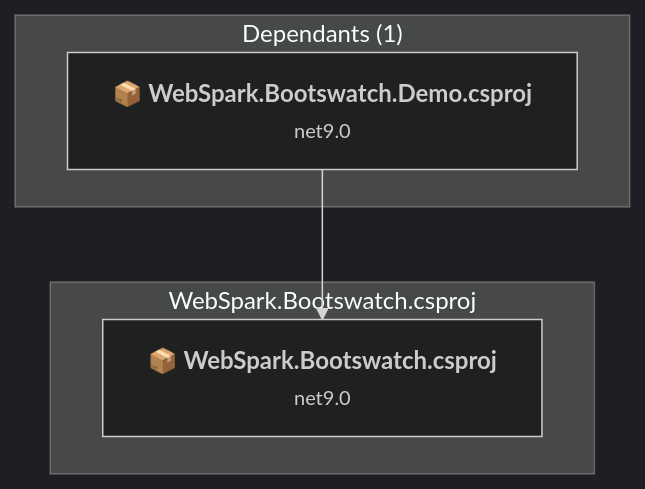
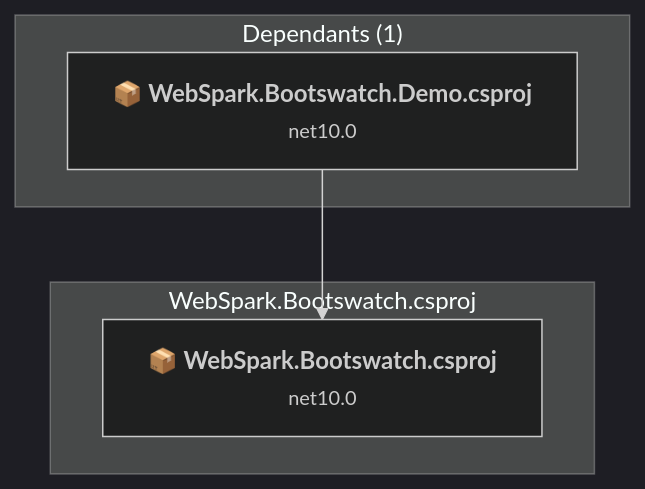
Before and after one commit to markhazleton/WebSpark.Bootswatch: the third of 3 diagrams in .github/upgrades/assessment.md, drawn with Mermaid (dark theme). The commit also changed other lines of this file and 12 other files, not shown here.

````diff
--- a/.github/upgrades/assessment.md
+++ b/.github/upgrades/assessment.md
@@ -94,13 +94,13 @@
 ```mermaid
 flowchart TB
     subgraph upstream["Dependants (1)"]
-        P2["<b>📦&nbsp;WebSpark.Bootswatch.Demo.csproj</b><br/><small>net9.0</small>"]
+        P2["<b>📦&nbsp;WebSpark.Bootswatch.Demo.csproj</b><br/><small>net10.0</small>"]
         click P2 "#websparkbootswatchdemowebsparkbootswatchdemocsproj"
     end
     subgraph current["WebSpark.Bootswatch.csproj"]
-        MAIN["<b>📦&nbsp;WebSpark.Bootswatch.csproj</b><br/><small>net9.0</small>"]
+        MAIN["<b>📦&nbsp;WebSpark.Bootswatch.csproj</b><br/><small>net10.0</small>"]
         click MAIN "#websparkbootswatchwebsparkbootswatchcsproj"
     end
     P2 --> MAIN
 
 ```
````
